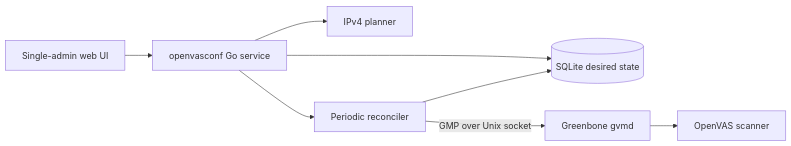
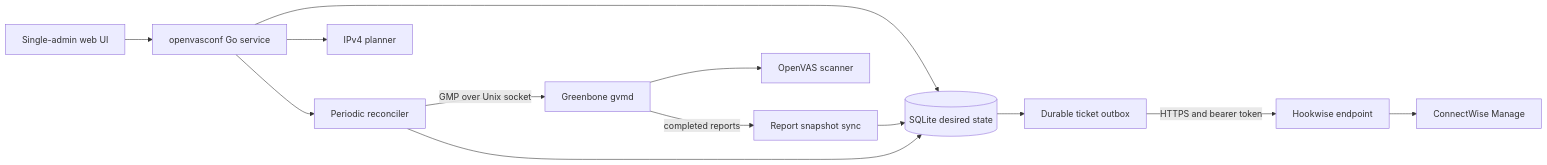
One commit to arumes31/openvasconf changed the diagram in README.md. Above: the diagram before and after it, drawn with Mermaid. The commit also changed other lines of this file and 13 other files, not shown here.

````diff
--- a/README.md
+++ b/README.md
@@ -112,10 +113,15 @@
 ```mermaid
 flowchart LR
     Browser[Single-admin web UI] --> App[openvasconf Go service]
     App --> DB[(SQLite desired state)]
     App --> Planner[IPv4 planner]
     App --> Reconciler[Periodic reconciler]
     Reconciler -->|GMP over Unix socket| GVMD[Greenbone gvmd]
     GVMD --> Scanner[OpenVAS scanner]
+    GVMD -->|completed reports| ReportSync[Report snapshot sync]
+    ReportSync --> DB
+    DB --> TicketDispatcher[Durable ticket outbox]
+    TicketDispatcher -->|HTTPS and bearer token| Hookwise[Hookwise endpoint]
+    Hookwise --> ConnectWise[ConnectWise Manage]
     Reconciler --> DB
 ```
````
